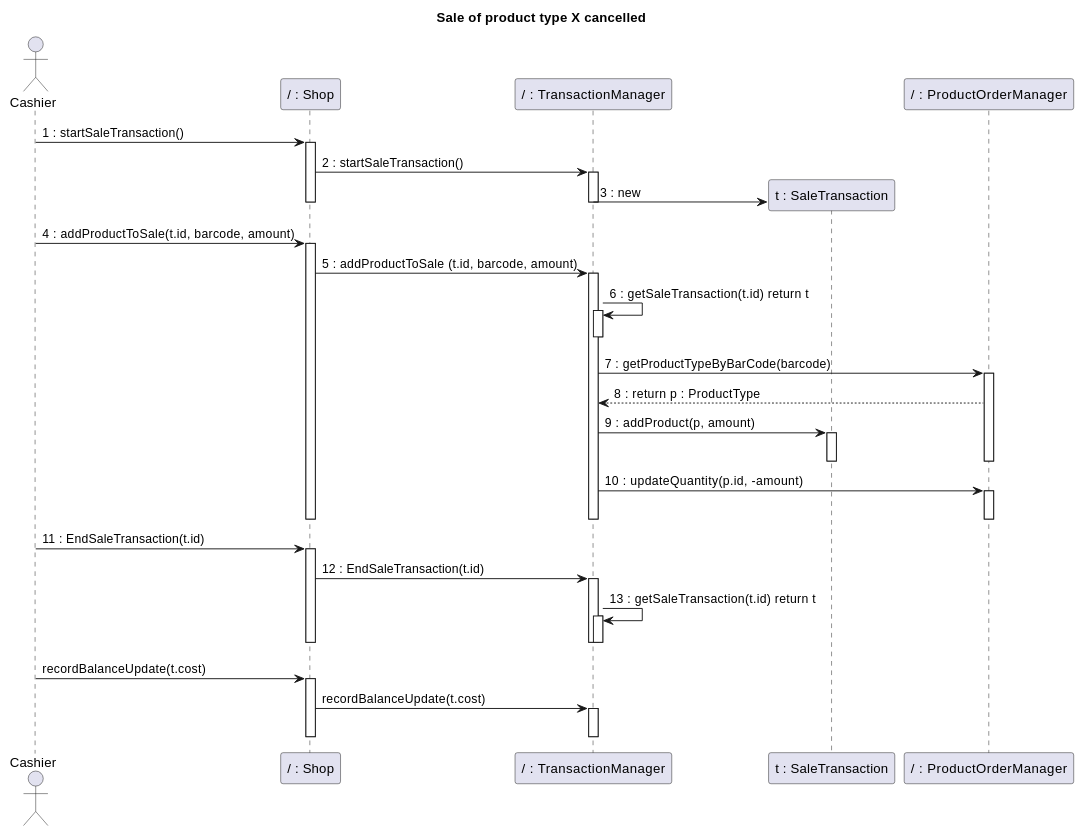
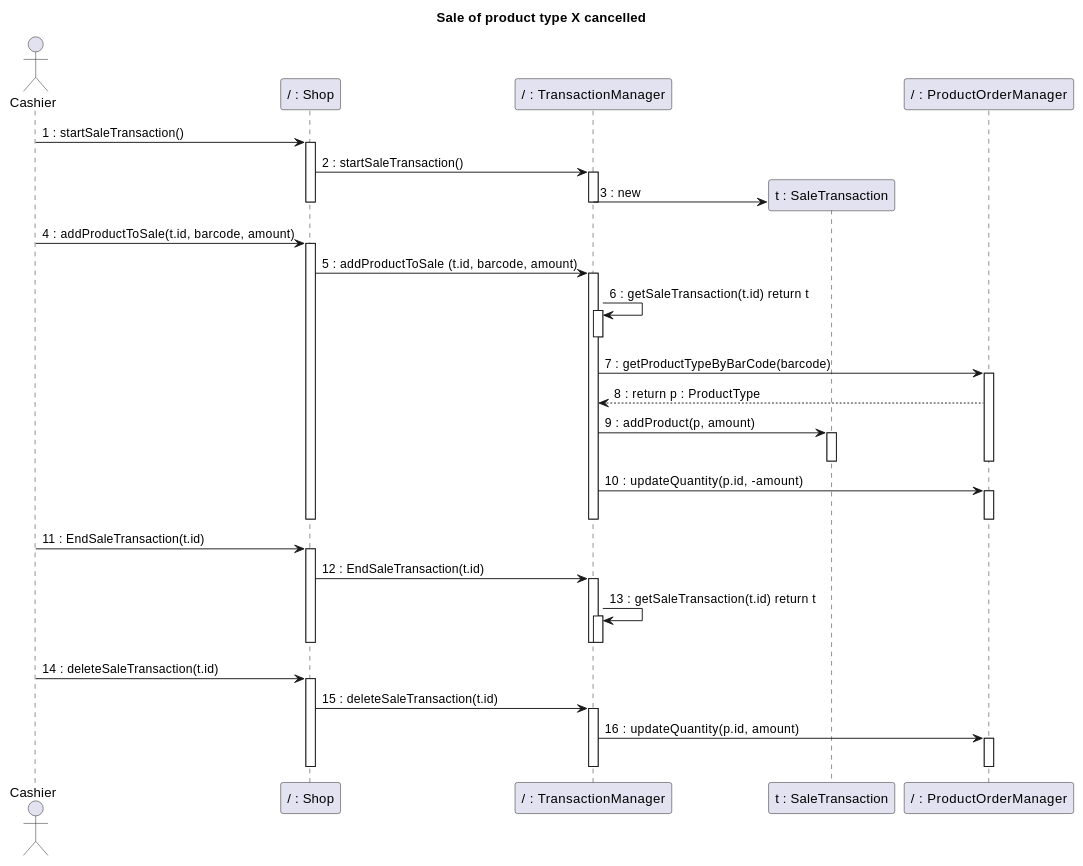
One commit to nicolabattaglino/ezshop changed diagram 22 of 32 in Deliverables/DesignDocument.md. Above: the diagram before and after it, drawn with PlantUML. The commit also changed other lines of this file, not shown here.

````diff
--- a/Deliverables/DesignDocument.md
+++ b/Deliverables/DesignDocument.md
@@ -1117,64 +1104,67 @@
 ```plantuml
 @startuml
 
 title
 Sale of product type X cancelled
 end title
 
 actor Cashier
 
 participant "/ : Shop" as Shop
 participant "/ : TransactionManager" as TransactionManager
 participant "t : SaleTransaction"  as SaleTransaction
 participant "/ : ProductOrderManager" as ProductOrderManager
 
 Cashier -> Shop: 1 : startSaleTransaction()
 activate Shop
 Shop -> TransactionManager : 2 : startSaleTransaction()
 activate TransactionManager
 create SaleTransaction
 TransactionManager -> SaleTransaction: 3 : new
 deactivate TransactionManager
 deactivate Shop
 Cashier -> Shop : 4 : addProductToSale(t.id, barcode, amount)
 activate Shop
 Shop -> TransactionManager: 5 : addProductToSale (t.id, barcode, amount)
  
 
 activate TransactionManager
 TransactionManager -> TransactionManager: 6 : getSaleTransaction(t.id) return t
 activate TransactionManager
 deactivate TransactionManager
 TransactionManager -> ProductOrderManager: 7 : getProductTypeByBarCode(barcode)
 activate ProductOrderManager
 
 
 TransactionManager <-- ProductOrderManager : 8 : return p : ProductType
 
 TransactionManager -> SaleTransaction : 9 : addProduct(p, amount)
 activate SaleTransaction
 deactivate SaleTransaction
 deactivate ProductOrderManager
 TransactionManager -> ProductOrderManager: 10 : updateQuantity(p.id, -amount)
 activate ProductOrderManager
 deactivate ProductOrderManager
 deactivate TransactionManager
 deactivate Shop
 Cashier -> Shop : 11 : EndSaleTransaction(t.id)
 activate Shop
 Shop -> TransactionManager : 12 : EndSaleTransaction(t.id)
 activate TransactionManager
 TransactionManager -> TransactionManager : 13 : getSaleTransaction(t.id) return t
 activate TransactionManager
 deactivate TransactionManager
 deactivate TransactionManager
 deactivate Shop
-
-Cashier -> Shop : recordBalanceUpdate(t.cost)
+Cashier -> Shop : 14 : deleteSaleTransaction(t.id)
 activate Shop
-Shop -> TransactionManager : recordBalanceUpdate(t.cost)
+Shop -> TransactionManager : 15 : deleteSaleTransaction(t.id)
 activate TransactionManager
+TransactionManager -> ProductOrderManager : 16 : updateQuantity(p.id, amount)
+activate ProductOrderManager
+deactivate ProductOrderManager
 deactivate TransactionManager
 deactivate Shop
+
 @enduml
 ```
````
